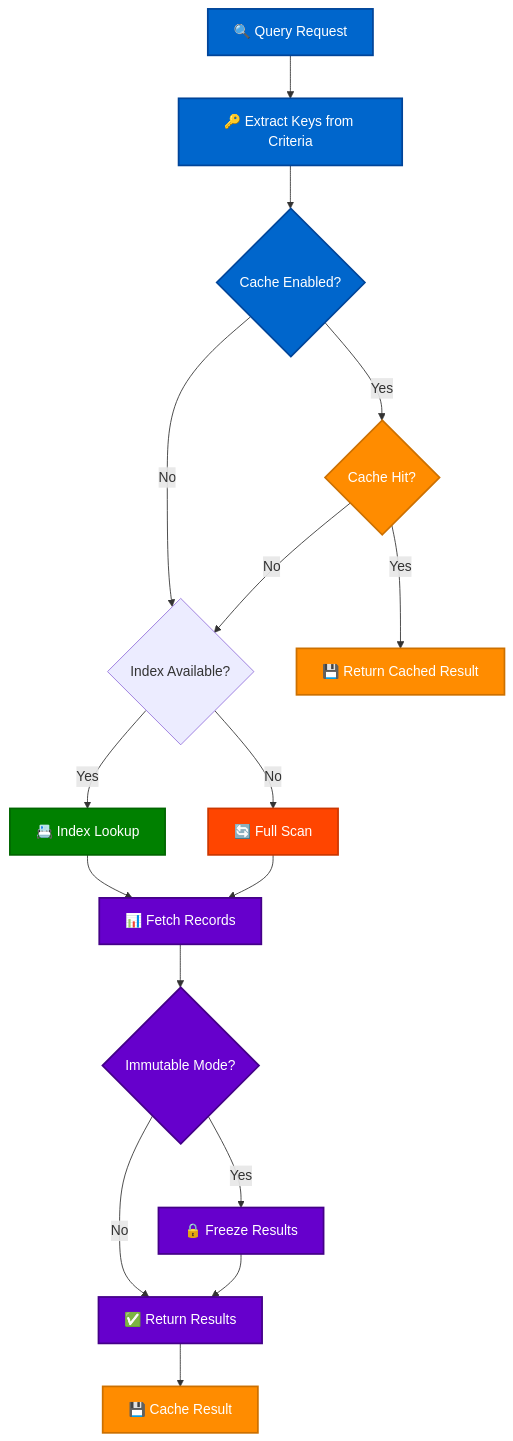
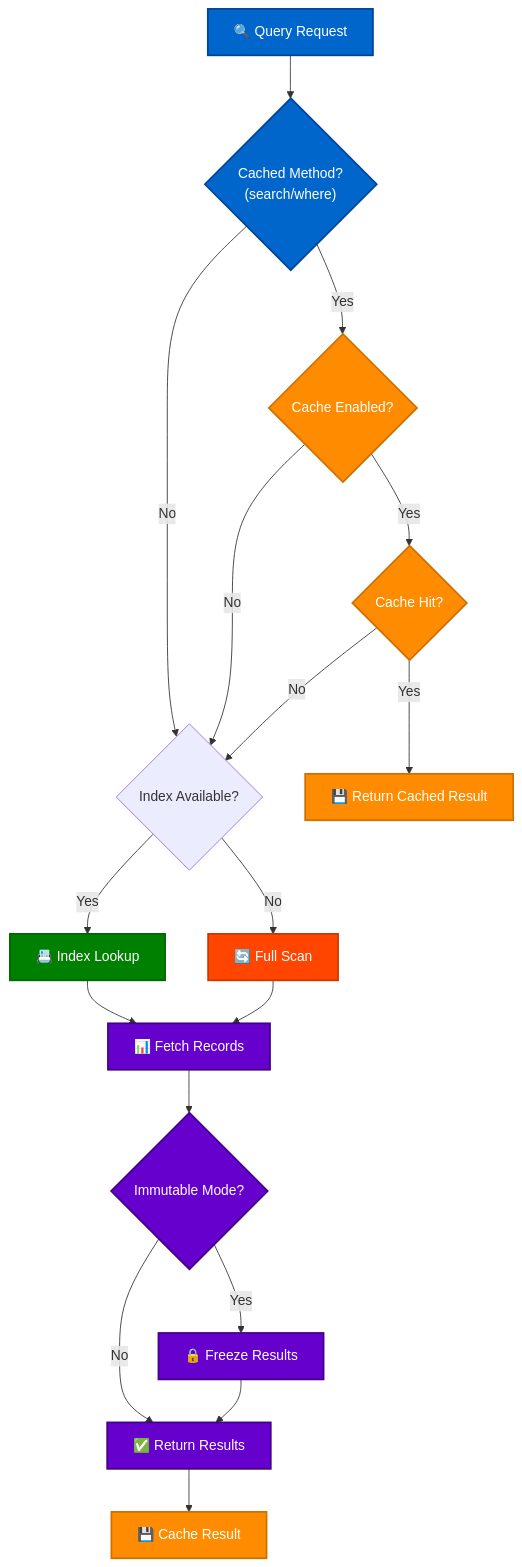
One commit to avoidwork/haro changed the second of 9 diagrams in docs/TECHNICAL_DOCUMENTATION.md. Above: the diagram before and after it, drawn with Mermaid. The commit also changed other lines of this file, not shown here.

Commit message:
Update mermaid diagrams for accuracy

````diff
--- a/docs/TECHNICAL_DOCUMENTATION.md
+++ b/docs/TECHNICAL_DOCUMENTATION.md
@@ -131,38 +133,39 @@
 ```mermaid
 flowchart TD
-    A["🔍 Query Request"] --> B["🔑 Extract Keys from Criteria"]
+    A["🔍 Query Request"] --> B{"Cached Method?<br/>(search/where)"}
     
-    B --> C{"Cache Enabled?"}
+    B -->|Yes| C{"Cache Enabled?"}
+    B -->|No| D{"Index Available?"}
     
-    C -->|Yes| D{"Cache Hit?"}
-    C -->|No| E{"Index Available?"}
+    C -->|Yes| E{"Cache Hit?"}
+    C -->|No| D
     
-    D -->|Yes| F["💾 Return Cached Result"]
-    D -->|No| E
+    E -->|Yes| F["💾 Return Cached Result"]
+    E -->|No| D
     
-    E -->|Yes| G["📇 Index Lookup"]
-    E -->|No| H["🔄 Full Scan"]
+    D -->|Yes| G["📇 Index Lookup"]
+    D -->|No| H["🔄 Full Scan"]
     
     G --> I["📊 Fetch Records"]
     H --> I
     
     I --> J{"Immutable Mode?"}
     
     J -->|Yes| K["🔒 Freeze Results"]
     J -->|No| L["✅ Return Results"]
     
     K --> L
     L --> M["💾 Cache Result"]
     
     classDef query fill:#0066CC,stroke:#004499,stroke-width:2px,color:#fff
     classDef cache fill:#FF8C00,stroke:#CC7000,stroke-width:2px,color:#fff
     classDef index fill:#008000,stroke:#006600,stroke-width:2px,color:#fff
     classDef scan fill:#FF4500,stroke:#CC3700,stroke-width:2px,color:#fff
     classDef result fill:#6600CC,stroke:#440088,stroke-width:2px,color:#fff
     
-    class A,B,C query
-    class D,F,M cache
+    class A,B query
+    class C,E,F,M cache
     class G index
     class H scan
     class I,J,K,L result
 ```
````
